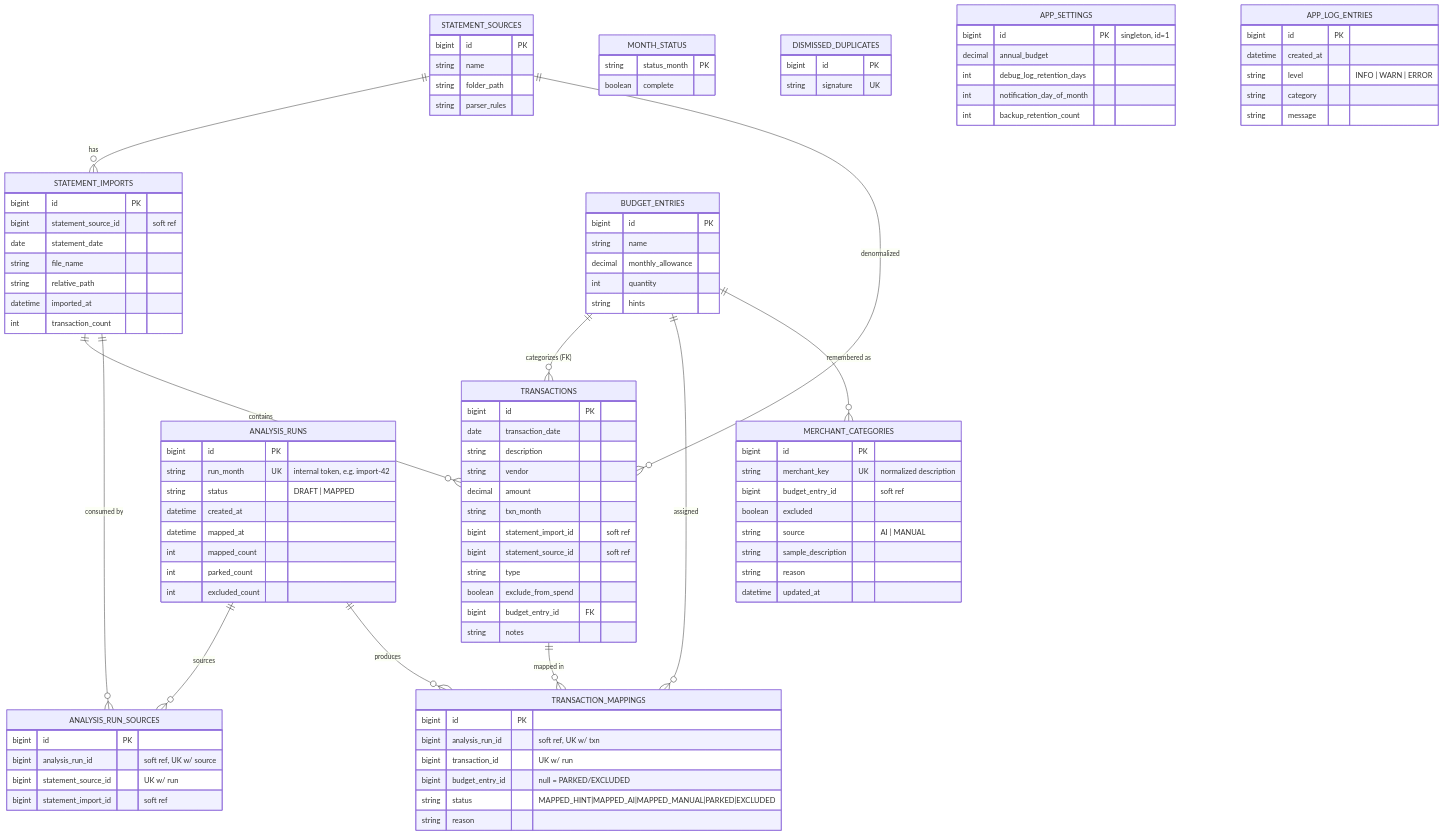
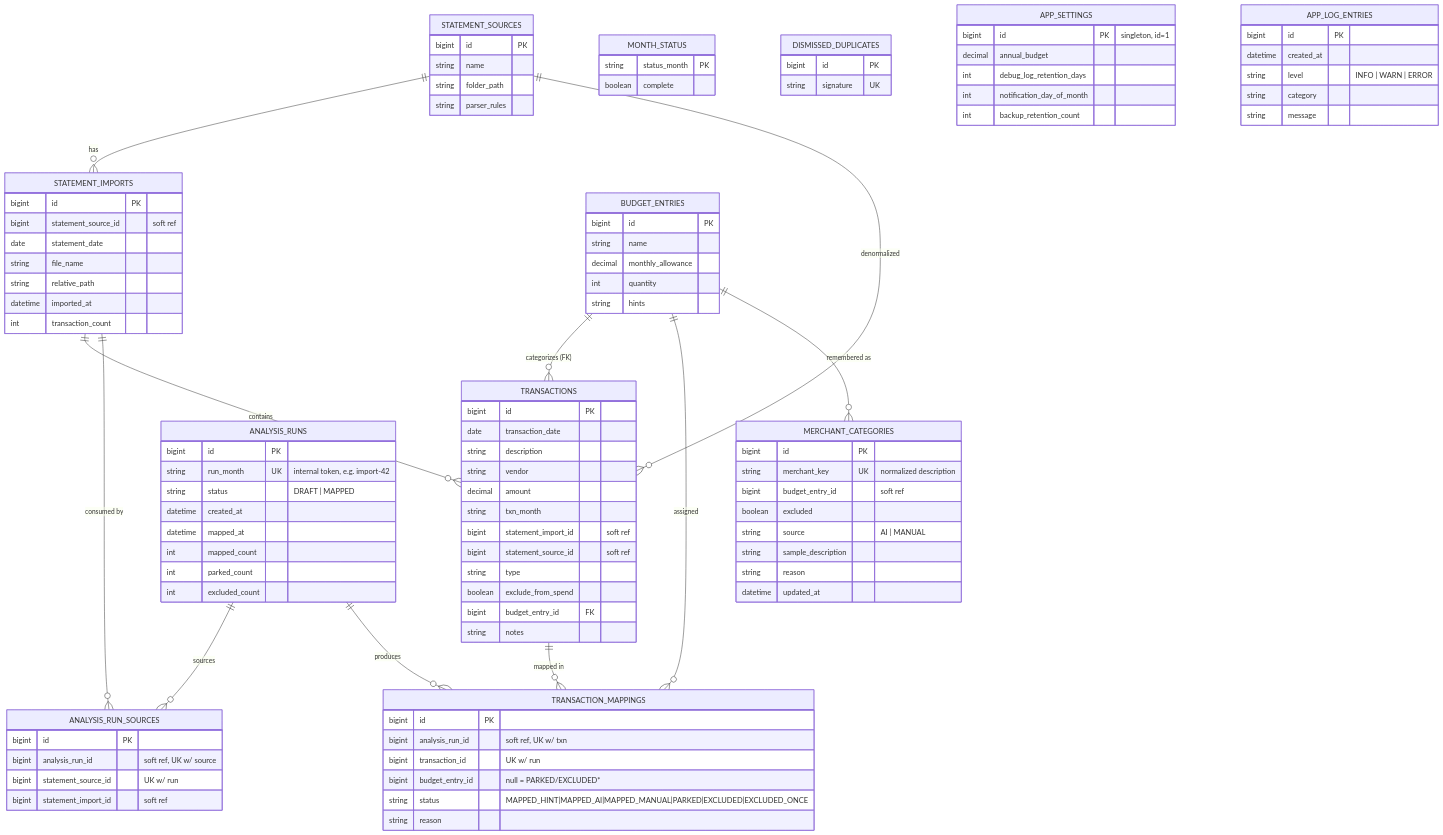
The fifth of 5 diagrams in docs/ARCHITECTURE.md (glbabior/pig-purchase-tracking), drawn with Mermaid before and after one commit. The commit also changed other lines of this file and 10 other files, not shown here.

```diff
--- a/docs/ARCHITECTURE.md
+++ b/docs/ARCHITECTURE.md
@@ -411,8 +422,8 @@
         bigint id PK
         bigint analysis_run_id "soft ref, UK w/ txn"
         bigint transaction_id "UK w/ run"
-        bigint budget_entry_id "null = PARKED/EXCLUDED"
-        string status "MAPPED_HINT|MAPPED_AI|MAPPED_MANUAL|PARKED|EXCLUDED"
+        bigint budget_entry_id "null = PARKED/EXCLUDED*"
+        string status "MAPPED_HINT|MAPPED_AI|MAPPED_MANUAL|PARKED|EXCLUDED|EXCLUDED_ONCE"
         string reason
     }
     MERCHANT_CATEGORIES {
```
